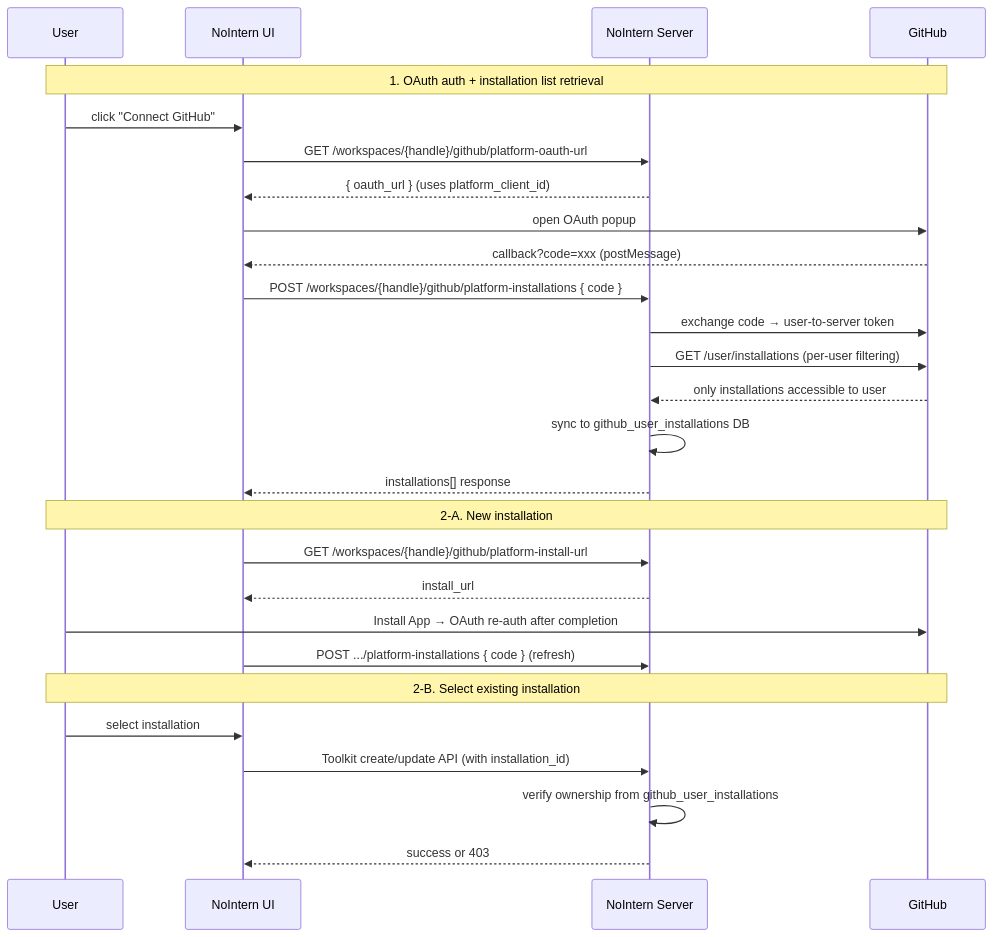
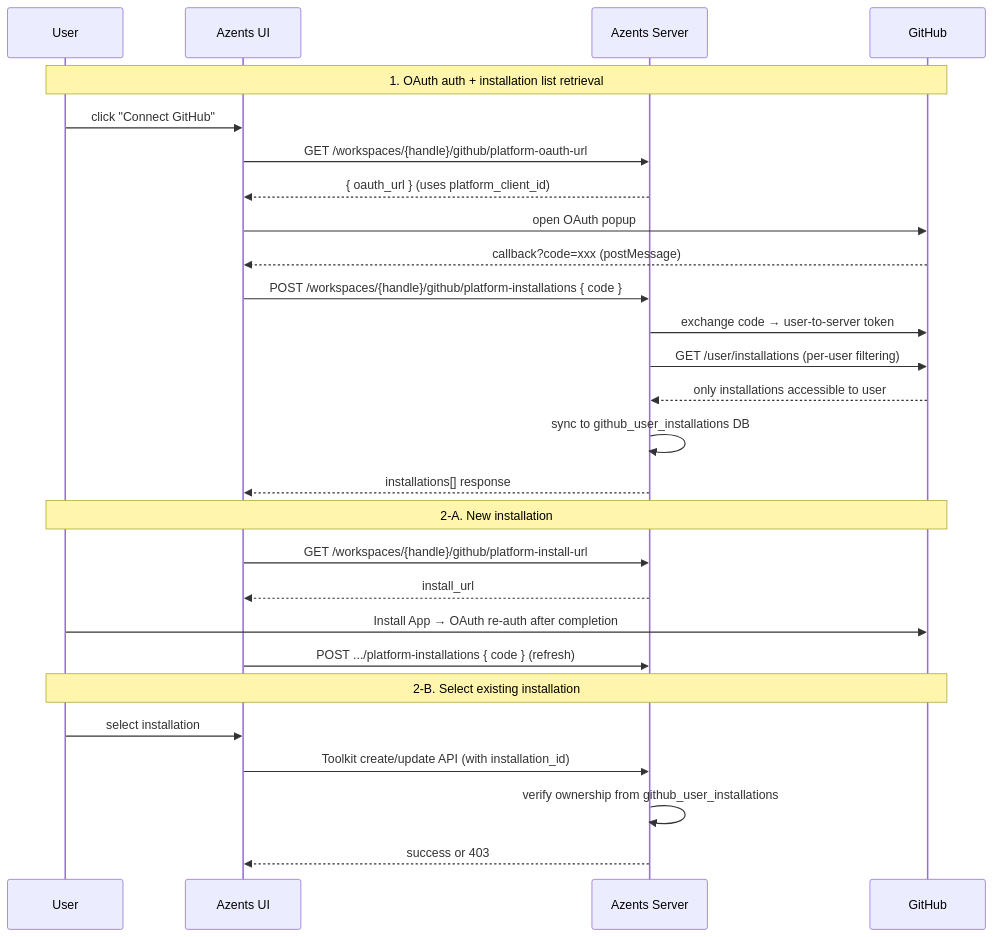
One commit to azents/azents changed the second of 4 diagrams in docs/azents/design/github-260313-github-toolkit.md. Above: the diagram before and after it, drawn with Mermaid. The commit also changed other lines of this file and 245 other files, not shown here.

````diff
--- a/docs/azents/design/github-260313-github-toolkit.md
+++ b/docs/azents/design/github-260313-github-toolkit.md
@@ -87,32 +87,32 @@
 ```mermaid
 sequenceDiagram
     participant User
-    participant NoIntern as NoIntern UI
-    participant Server as NoIntern Server
+    participant Azents as Azents UI
+    participant Server as Azents Server
     participant GitHub
 
     Note over User,GitHub: 1. OAuth auth + installation list retrieval
-    User->>NoIntern: click "Connect GitHub"
-    NoIntern->>Server: GET /workspaces/{handle}/github/platform-oauth-url
-    Server-->>NoIntern: { oauth_url } (uses platform_client_id)
-    NoIntern->>GitHub: open OAuth popup
-    GitHub-->>NoIntern: callback?code=xxx (postMessage)
-    NoIntern->>Server: POST /workspaces/{handle}/github/platform-installations { code }
+    User->>Azents: click "Connect GitHub"
+    Azents->>Server: GET /workspaces/{handle}/github/platform-oauth-url
+    Server-->>Azents: { oauth_url } (uses platform_client_id)
+    Azents->>GitHub: open OAuth popup
+    GitHub-->>Azents: callback?code=xxx (postMessage)
+    Azents->>Server: POST /workspaces/{handle}/github/platform-installations { code }
     Server->>GitHub: exchange code → user-to-server token
     Server->>GitHub: GET /user/installations (per-user filtering)
     GitHub-->>Server: only installations accessible to user
     Server->>Server: sync to github_user_installations DB
-    Server-->>NoIntern: installations[] response
+    Server-->>Azents: installations[] response
 
     Note over User,GitHub: 2-A. New installation
-    NoIntern->>Server: GET /workspaces/{handle}/github/platform-install-url
-    Server-->>NoIntern: install_url
+    Azents->>Server: GET /workspaces/{handle}/github/platform-install-url
+    Server-->>Azents: install_url
     User->>GitHub: Install App → OAuth re-auth after completion
-    NoIntern->>Server: POST .../platform-installations { code } (refresh)
+    Azents->>Server: POST .../platform-installations { code } (refresh)
 
     Note over User,GitHub: 2-B. Select existing installation
-    User->>NoIntern: select installation
-    NoIntern->>Server: Toolkit create/update API (with installation_id)
+    User->>Azents: select installation
+    Azents->>Server: Toolkit create/update API (with installation_id)
     Server->>Server: verify ownership from github_user_installations
-    Server-->>NoIntern: success or 403
+    Server-->>Azents: success or 403
 ```
````
